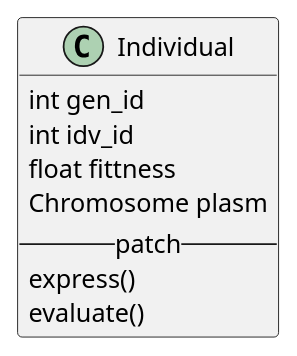
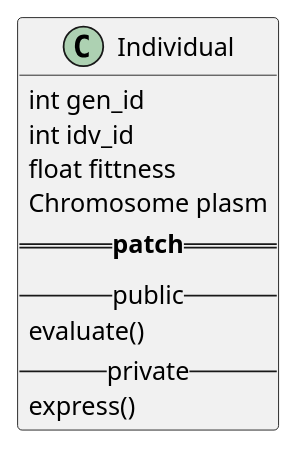
One commit to neal-nie/openGA changed the second of 3 diagrams in doc/architecture.md. Above: the diagram before and after it, drawn with PlantUML. The commit also changed other lines of this file and 2 other files, not shown here.

Commit message:
re-arrange architecture

````diff
--- a/doc/architecture.md
+++ b/doc/architecture.md
@@ -22,13 +22,15 @@
     ```puml
     @startuml
     Class Individual {
         int gen_id
         int idv_id
         float fittness
         Chromosome plasm
-        --patch--
+        ==**patch**==
+        --public--
+        evaluate()
+        --private--
         express()
-        evaluate()
     }
     @enduml
     ```
````
